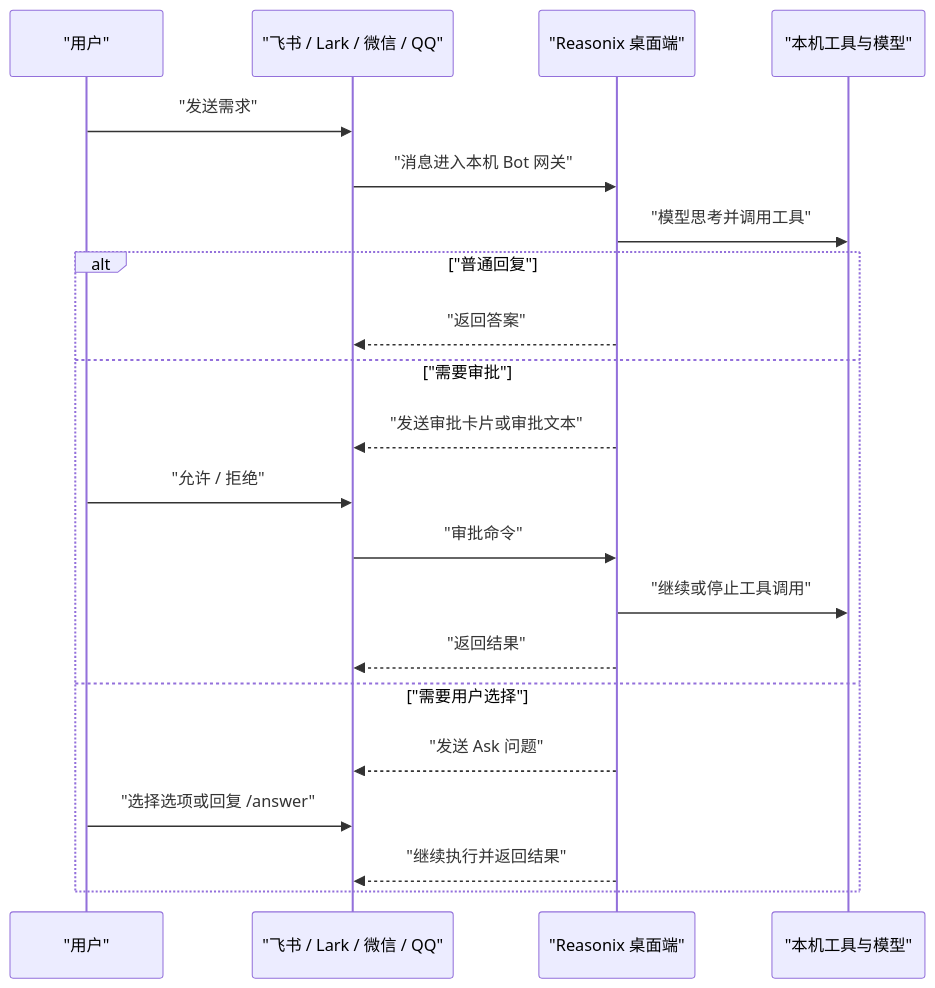
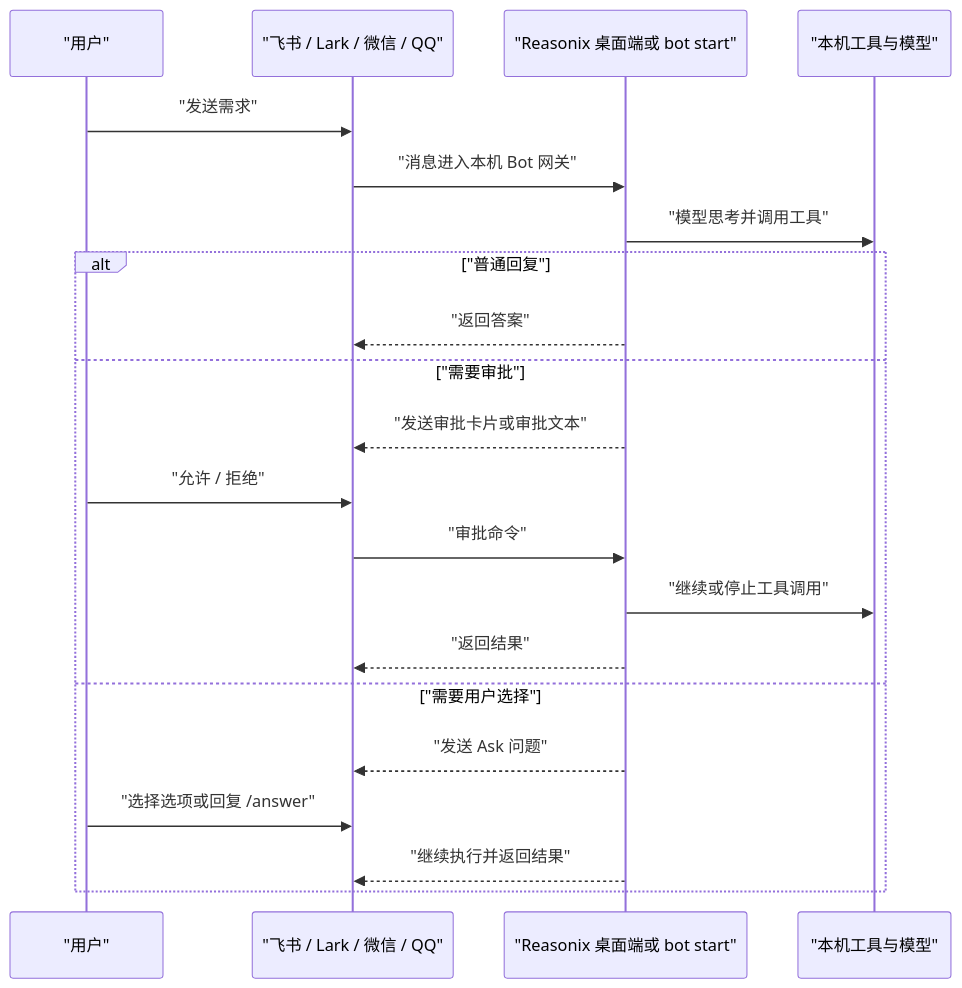
The second of 3 diagrams in docs/BOT_GUIDE.zh-CN.md (zuohuadong/volt-gui), drawn with Mermaid before and after one commit. The commit also changed other lines of this file and 1 other file, not shown here.

Commit message:
docs(bot): update gateway usage guide

````diff
--- a/docs/BOT_GUIDE.zh-CN.md
+++ b/docs/BOT_GUIDE.zh-CN.md
@@ -169,24 +223,24 @@
 ```mermaid
 sequenceDiagram
   participant U as "用户"
   participant IM as "飞书 / Lark / 微信 / QQ"
-  participant R as "Reasonix 桌面端"
+  participant R as "Reasonix 桌面端或 bot start"
   participant T as "本机工具与模型"
 
   U->>IM: "发送需求"
   IM->>R: "消息进入本机 Bot 网关"
   R->>T: "模型思考并调用工具"
   alt "普通回复"
     R-->>IM: "返回答案"
   else "需要审批"
     R-->>IM: "发送审批卡片或审批文本"
     U->>IM: "允许 / 拒绝"
     IM->>R: "审批命令"
     R->>T: "继续或停止工具调用"
     R-->>IM: "返回结果"
   else "需要用户选择"
     R-->>IM: "发送 Ask 问题"
     U->>IM: "选择选项或回复 /answer"
     R-->>IM: "继续执行并返回结果"
   end
 ```
````
